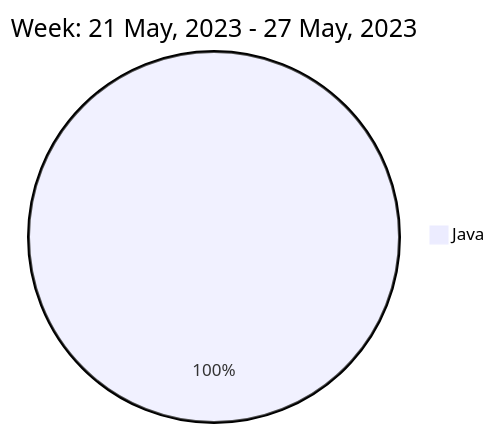
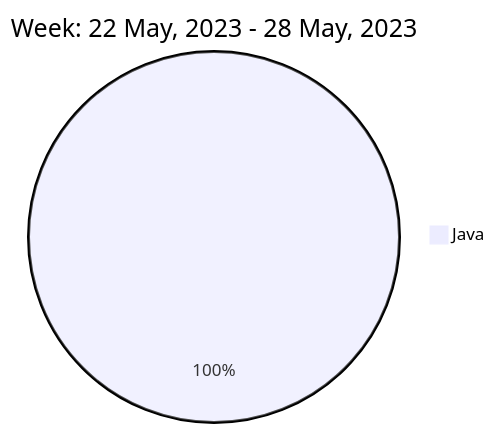
Before and after one commit to liubin95/liubin95: the diagram in README.md, drawn with Mermaid.

Commit message:
Updated the Graph with new Metrics

````diff
--- a/README.md
+++ b/README.md
@@ -40,5 +40,5 @@
 ```mermaid
  pie
-title Week: 21 May, 2023 - 27 May, 2023
+title Week: 22 May, 2023 - 28 May, 2023
  "Java" : 1.7
 ```
````
